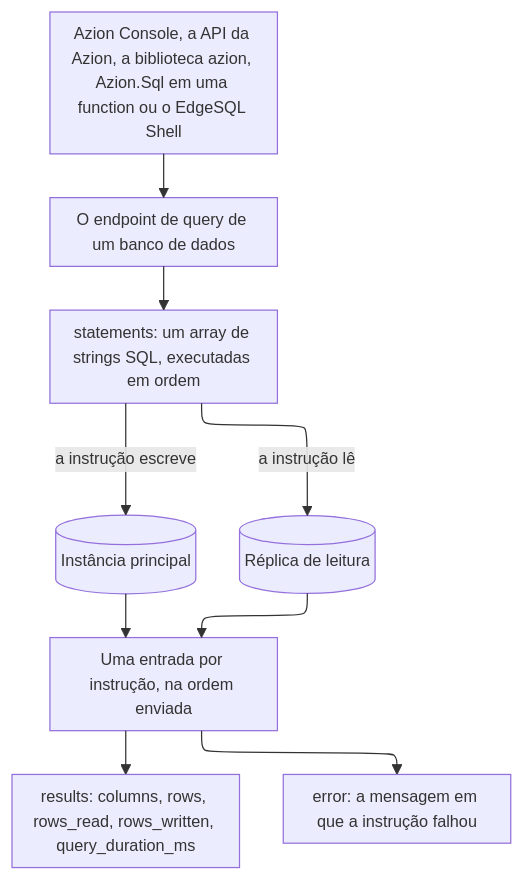
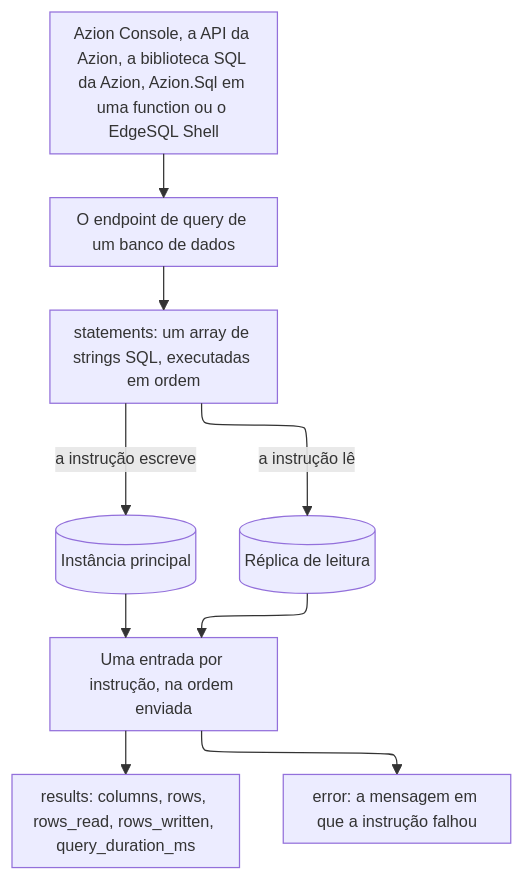
The diagram in apps/docs/src/content/docs/pt-br/pages/menu-principal/referencia/store/edge-sql/edge-sql.mdx (aziontech/docs), drawn with Mermaid before and after one commit. The commit also changed 19 other files, not shown here.

````diff
--- a/apps/docs/src/content/docs/pt-br/pages/menu-principal/referencia/store/edge-sql/edge-sql.mdx
+++ b/apps/docs/src/content/docs/pt-br/pages/menu-principal/referencia/store/edge-sql/edge-sql.mdx
@@ -71,12 +71,12 @@
 ```mermaid
 %%{init: {"layout": "elk", "themeVariables": {"fontSize": "13px"}, "flowchart": {"nodeSpacing": 24, "rankSpacing": 36, "padding": 8, "wrappingWidth": 150, "useMaxWidth": true}, "sequence": {"width": 120, "actorMargin": 30, "useMaxWidth": true}}}%%
 flowchart TD
-  Caller["Azion Console, a API da Azion, a biblioteca azion, Azion.Sql em uma function ou o EdgeSQL Shell"] --> Endpoint["O endpoint de query de um banco de dados"]
+  Caller["Azion Console, a API da Azion, a biblioteca SQL da Azion, Azion.Sql em uma function ou o EdgeSQL Shell"] --> Endpoint["O endpoint de query de um banco de dados"]
   Endpoint --> Statements["statements: um array de strings SQL, executadas em ordem"]
   Statements -->|"a instrução escreve"| Main[("Instância principal")]
   Statements -->|"a instrução lê"| Replica[("Réplica de leitura")]
   Main --> Entry["Uma entrada por instrução, na ordem enviada"]
   Replica --> Entry
   Entry --> Results["results: columns, rows, rows_read, rows_written, query_duration_ms"]
   Entry --> Error["error: a mensagem em que a instrução falhou"]
 ```
````
